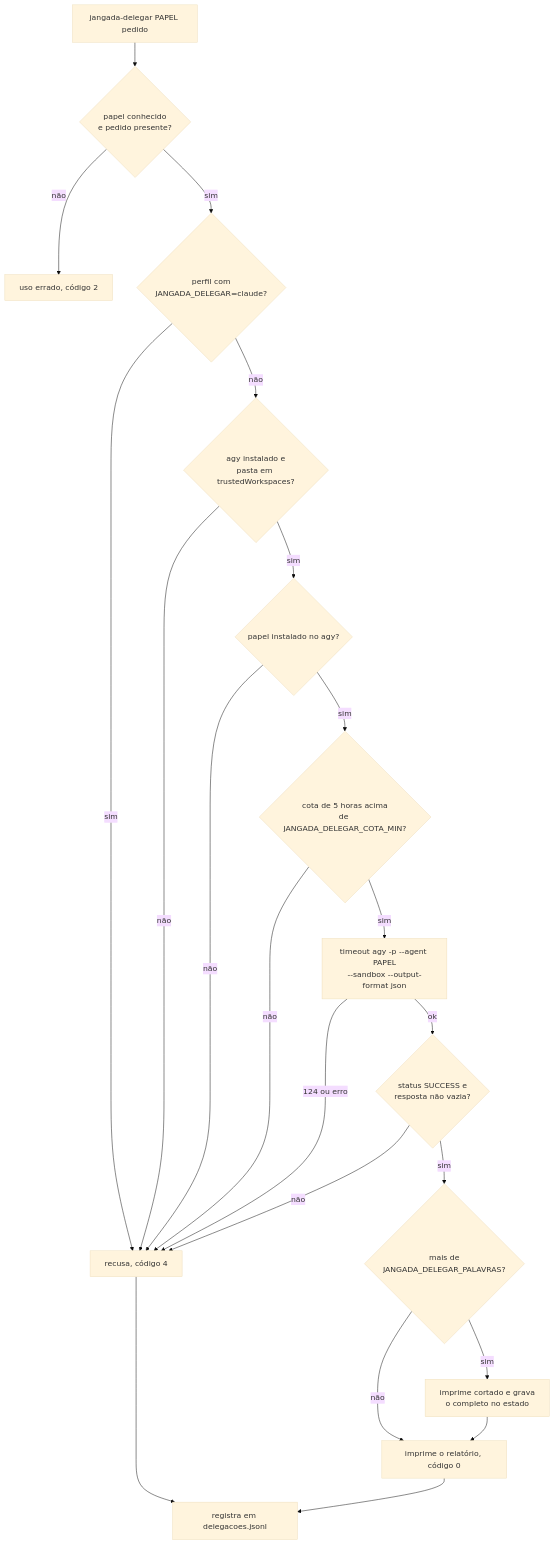
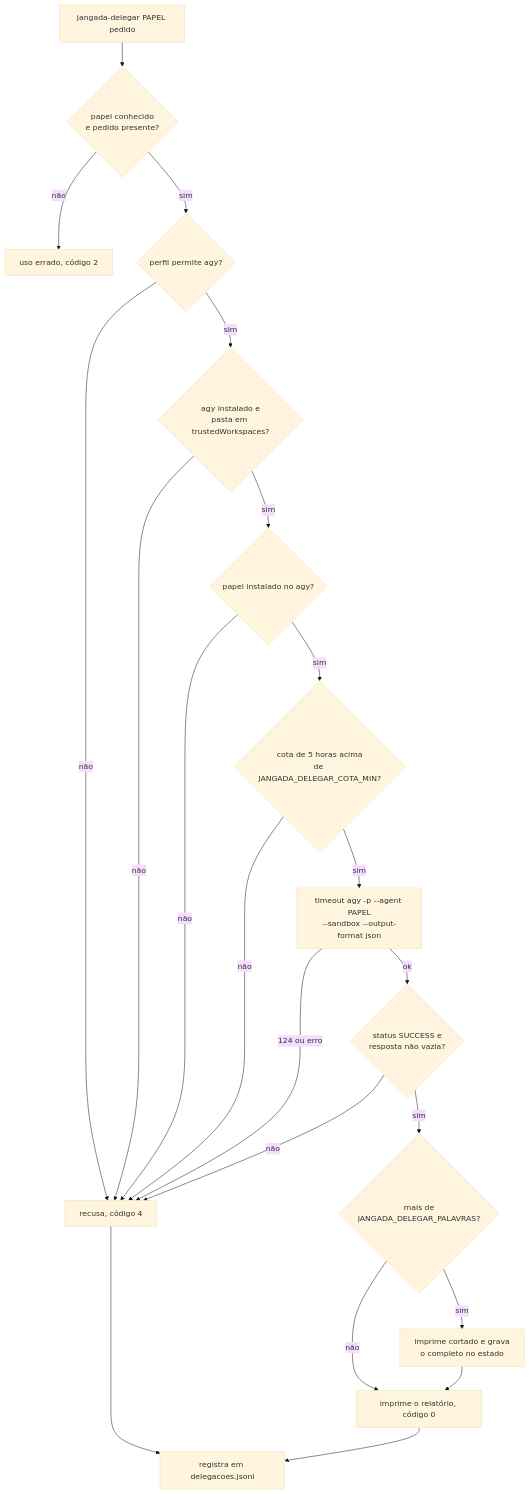
The fourth of 4 diagrams in docs/subagentes-e-delegacao.md (felipintoslv/jangada), drawn with Mermaid (base theme) before and after one commit. The commit also changed other lines of this file and 5 other files, not shown here.

````diff
--- a/docs/subagentes-e-delegacao.md
+++ b/docs/subagentes-e-delegacao.md
@@ -92,23 +128,23 @@
 ```mermaid
 flowchart TD
     A[jangada-delegar PAPEL pedido] --> B{papel conhecido<br>e pedido presente?}
     B -- não --> X2[uso errado, código 2]
-    B -- sim --> C{perfil com<br>JANGADA_DELEGAR=claude?}
-    C -- sim --> R[recusa, código 4]
-    C -- não --> D{agy instalado e<br>pasta em trustedWorkspaces?}
+    B -- sim --> C{perfil permite agy?}
+    C -- não --> R[recusa, código 4]
+    C -- sim --> D{agy instalado e<br>pasta em trustedWorkspaces?}
     D -- não --> R
     D -- sim --> E{papel instalado no agy?}
     E -- não --> R
     E -- sim --> F{cota de 5 horas acima<br>de JANGADA_DELEGAR_COTA_MIN?}
     F -- não --> R
     F -- sim --> G[timeout agy -p --agent PAPEL<br>--sandbox --output-format json]
     G -- 124 ou erro --> R
     G -- ok --> H{status SUCCESS e<br>resposta não vazia?}
     H -- não --> R
     H -- sim --> I{mais de<br>JANGADA_DELEGAR_PALAVRAS?}
     I -- sim --> J[imprime cortado e grava<br>o completo no estado]
     I -- não --> K[imprime o relatório, código 0]
     J --> K
     R --> L[registra em delegacoes.jsonl]
     K --> L
 ```
````
